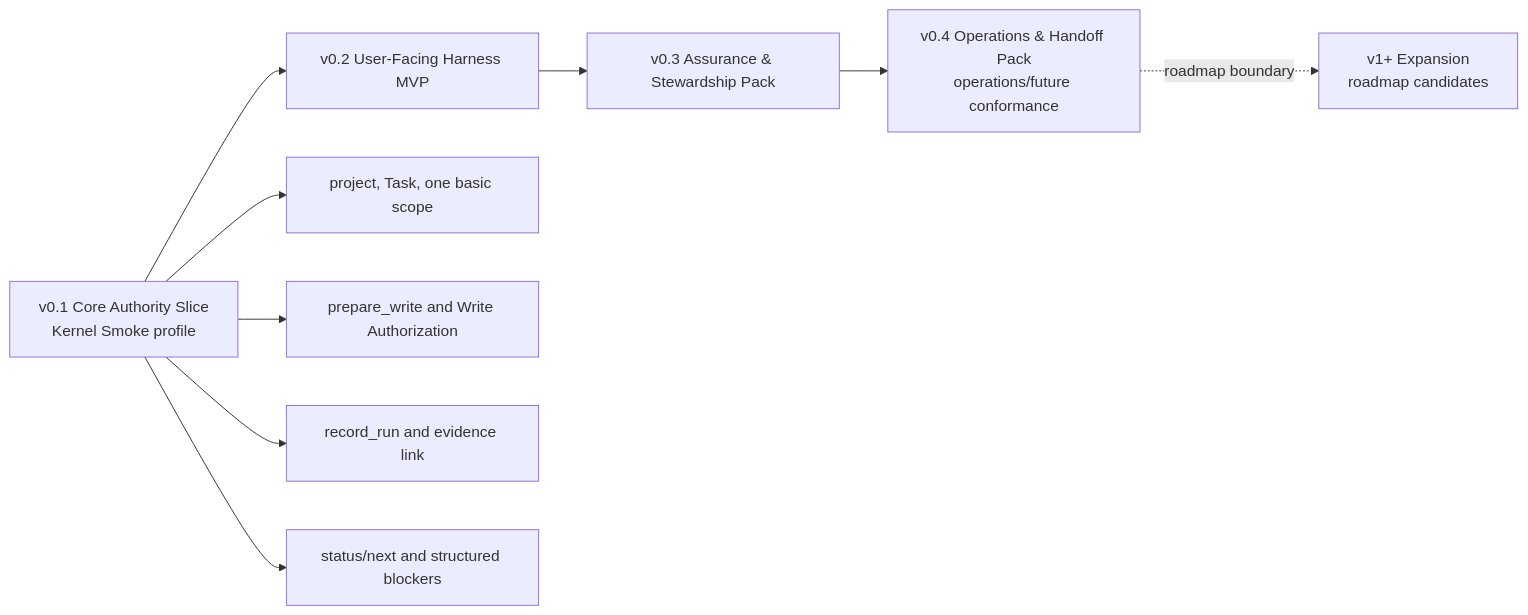
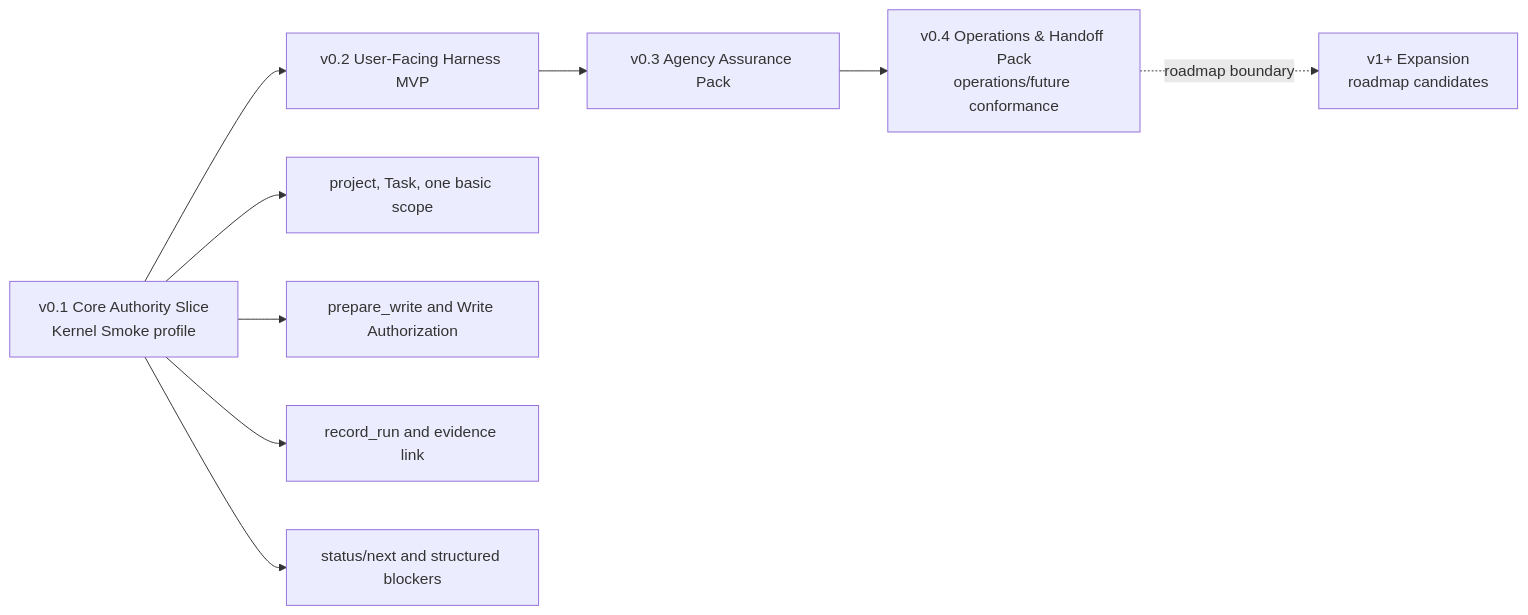
The second of 11 diagrams in docs/en/reference/operations-and-conformance.md (minjungw00/Harness_Project), drawn with Mermaid before and after one commit. The commit also changed other lines of this file and 47 other files, not shown here.

````diff
--- a/docs/en/reference/operations-and-conformance.md
+++ b/docs/en/reference/operations-and-conformance.md
@@ -148,11 +148,11 @@
 ```mermaid
 flowchart LR
   Kernel["v0.1 Core Authority Slice<br/>Kernel Smoke profile"] --> Evidence["v0.2 User-Facing Harness MVP"]
-  Evidence --> Agency["v0.3 Assurance & Stewardship Pack"]
+  Evidence --> Agency["v0.3 Agency Assurance Pack"]
   Agency --> Ops["v0.4 Operations & Handoff Pack<br/>operations/future conformance"]
   Ops -. roadmap boundary .-> Expansion["v1+ Expansion<br/>roadmap candidates"]
   Kernel --> K1["project, Task, one basic scope"]
   Kernel --> K2["prepare_write and Write Authorization"]
   Kernel --> K3["record_run and evidence link"]
   Kernel --> K4["status/next and structured blockers"]
 ```
````
